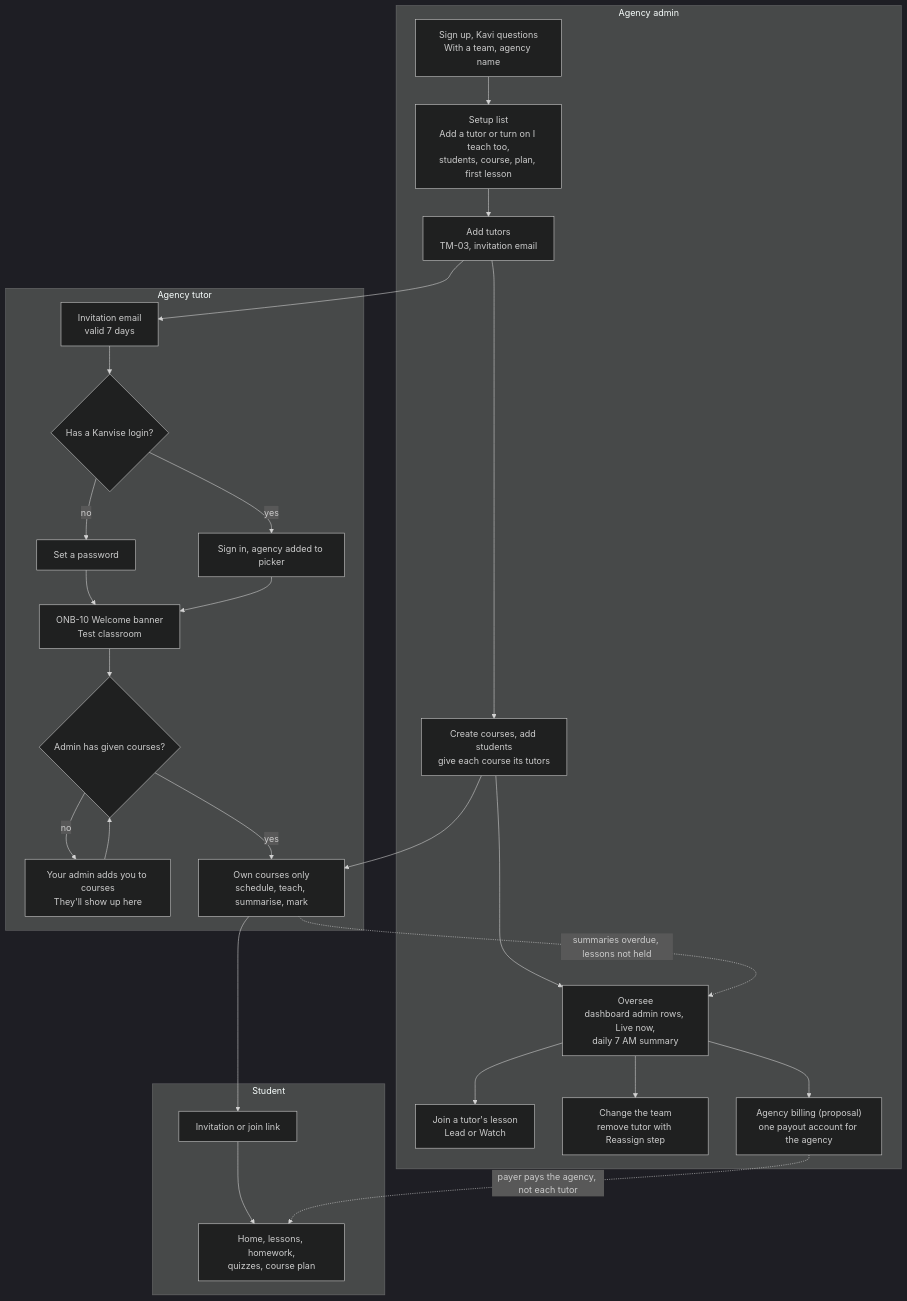
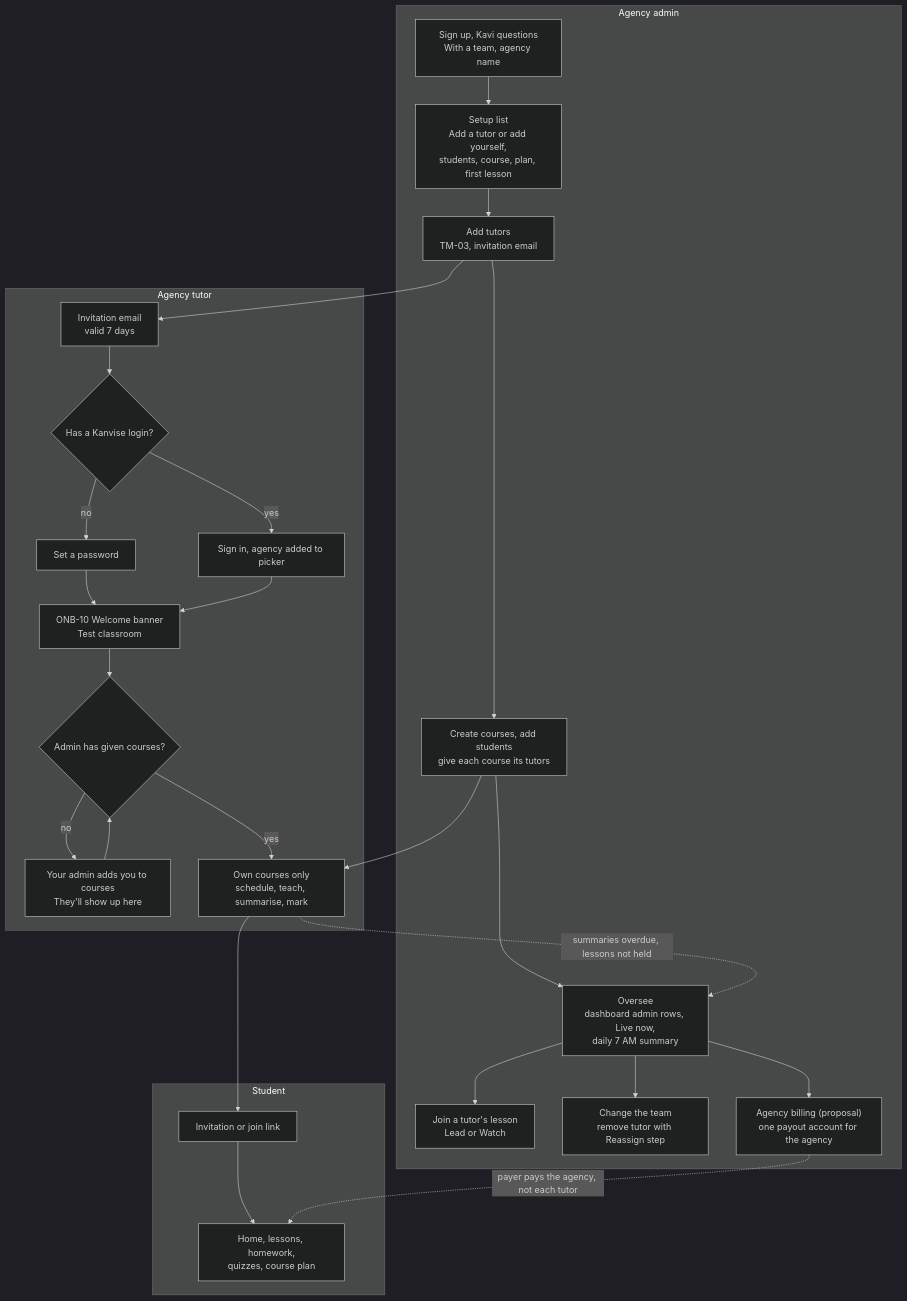
The diagram in docs/design/user-flows/diagrams/src/18-agency-journey.mmd (KingUsang/Kanvise), drawn with Mermaid (dark theme) before and after one commit. The commit also changed 24 other files, not shown here.

Commit message:
docs(design): approve D-22, remove I teach too (D-29), add Add me as a tutor and Switch role across specs, flows and QA

```diff
--- a/docs/design/user-flows/diagrams/src/18-agency-journey.mmd
+++ b/docs/design/user-flows/diagrams/src/18-agency-journey.mmd
@@ -1,29 +1,29 @@
 flowchart TD
   subgraph ADM["Agency admin"]
-    A1["Sign up, Kavi questions<br/>With a team, agency name"] --> A2["Setup list<br/>Add a tutor or turn on I teach too,<br/>students, course, plan, first lesson"]
+    A1["Sign up, Kavi questions<br/>With a team, agency name"] --> A2["Setup list<br/>Add a tutor or add yourself,<br/>students, course, plan, first lesson"]
     A2 --> A3["Add tutors<br/>TM-03, invitation email"]
     A3 --> A4["Create courses, add students<br/>give each course its tutors"]
     A4 --> A5["Oversee<br/>dashboard admin rows, Live now,<br/>daily 7 AM summary"]
     A5 --> A6["Join a tutor's lesson<br/>Lead or Watch"]
     A5 --> A7["Change the team<br/>remove tutor with Reassign step"]
     A5 --> A8["Agency billing (proposal)<br/>one payout account for the agency"]
   end
   subgraph TUT["Agency tutor"]
     T1["Invitation email<br/>valid 7 days"] --> T2{"Has a Kanvise login?"}
     T2 -->|"no"| T3["Set a password"]
     T2 -->|"yes"| T4["Sign in, agency added to picker"]
     T3 --> T5["ONB-10 Welcome banner<br/>Test classroom"]
     T4 --> T5
     T5 --> T6{"Admin has given courses?"}
     T6 -->|"no"| T7["Your admin adds you to courses<br/>They'll show up here"]
     T6 -->|"yes"| T8["Own courses only<br/>schedule, teach, summarise, mark"]
     T7 --> T6
   end
   subgraph STU["Student"]
     S1["Invitation or join link"] --> S2["Home, lessons, homework,<br/>quizzes, course plan"]
   end
   A3 --> T1
   A4 --> T8
   T8 --> S1
   T8 -.->|"summaries overdue, lessons not held"| A5
   A8 -.->|"payer pays the agency, not each tutor"| S2
```
